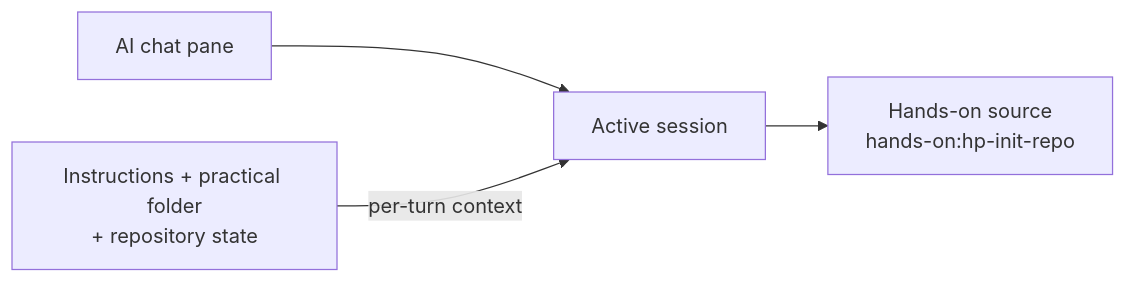
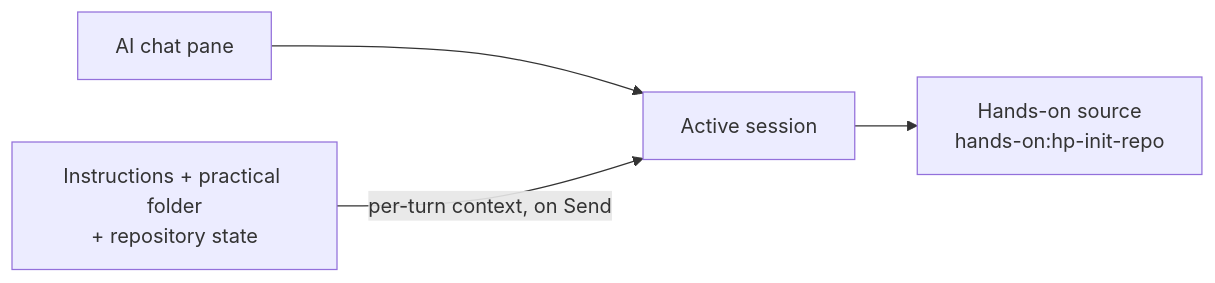
One commit to git-mastery/git-mastery-desktop changed the third of 3 diagrams in docs/architecture/ai-chat-sources.md. Above: the diagram before and after it, drawn with Mermaid. The commit also changed other lines of this file and 11 other files, not shown here.

````diff
--- a/docs/architecture/ai-chat-sources.md
+++ b/docs/architecture/ai-chat-sources.md
@@ -35,6 +35,6 @@
 ```mermaid
 flowchart LR
     P["AI chat pane"] --> S["Active session"]
     S --> H["Hands-on source<br/>hands-on:hp-init-repo"]
-    HC["Instructions + practical folder<br/>+ repository state"] -->|per-turn context| S
+    HC["Instructions + practical folder<br/>+ repository state"] -->|per-turn context, on Send| S
 ```
````
